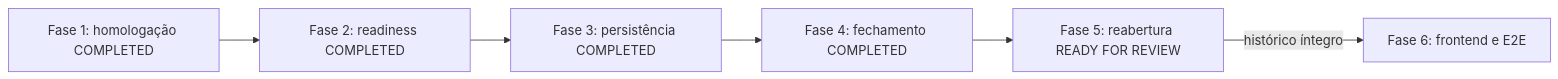
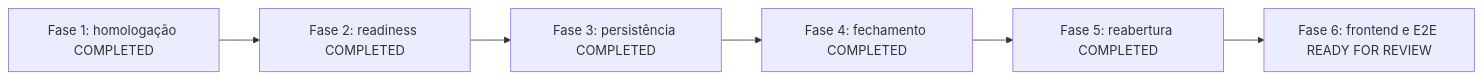
The diagram in docs/project-management/ETP-014_IMPLEMENTATION_PLAN.md (GuilhermeEstrelaDEV/dp-system), drawn with Mermaid before and after one commit. The commit also changed other lines of this file and 7 other files, not shown here.

````diff
--- a/docs/project-management/ETP-014_IMPLEMENTATION_PLAN.md
+++ b/docs/project-management/ETP-014_IMPLEMENTATION_PLAN.md
@@ -319,8 +319,8 @@
 ```mermaid
 flowchart LR
     F1[Fase 1: homologação COMPLETED] --> F2[Fase 2: readiness COMPLETED]
     F2 --> F3[Fase 3: persistência COMPLETED]
     F3 --> F4[Fase 4: fechamento COMPLETED]
-    F4 --> F5[Fase 5: reabertura READY FOR REVIEW]
-    F5 -->|histórico íntegro| F6[Fase 6: frontend e E2E]
+    F4 --> F5[Fase 5: reabertura COMPLETED]
+    F5 --> F6[Fase 6: frontend e E2E READY FOR REVIEW]
 ```
````
